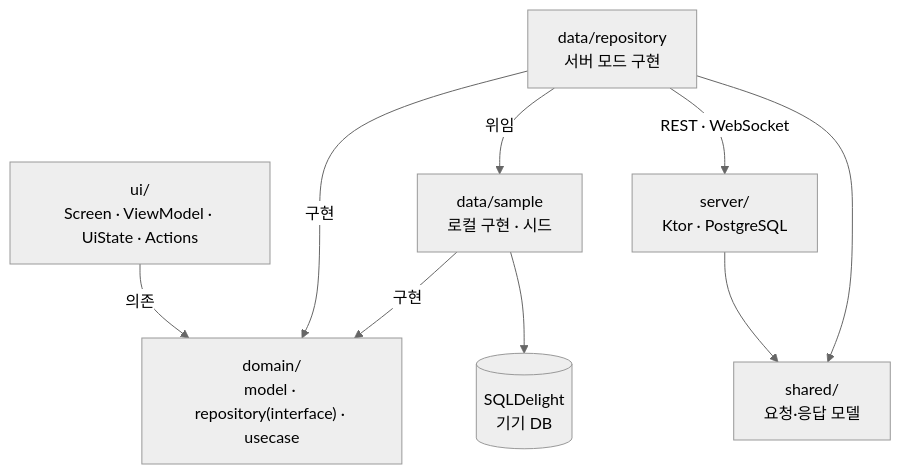
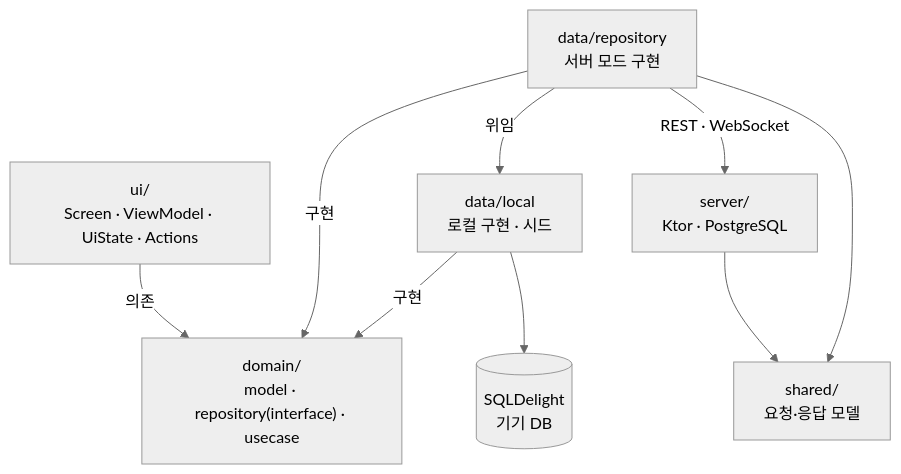
Before and after one commit to EunilSung/Talk_Multiplatform: the diagram in README.md, drawn with Mermaid (neutral theme). The commit also changed other lines of this file and 95 other files, not shown here.

````diff
--- a/README.md
+++ b/README.md
@@ -82,19 +82,19 @@
 ```mermaid
 flowchart TD
     UI["ui/<br/>Screen · ViewModel · UiState · Actions"]
     DOMAIN["domain/<br/>model · repository(interface) · usecase"]
-    LOCAL["data/sample<br/>로컬 구현 · 시드"]
+    LOCAL["data/local<br/>로컬 구현 · 시드"]
     REMOTE["data/repository<br/>서버 모드 구현"]
     DB[("SQLDelight<br/>기기 DB")]
     SERVER["server/<br/>Ktor · PostgreSQL"]
     SHARED["shared/<br/>요청·응답 모델"]
 
     UI -->|의존| DOMAIN
     LOCAL -->|구현| DOMAIN
     REMOTE -->|구현| DOMAIN
     REMOTE -->|위임| LOCAL
     LOCAL --> DB
     REMOTE -->|REST · WebSocket| SERVER
     REMOTE --> SHARED
     SERVER --> SHARED
 ```
````
